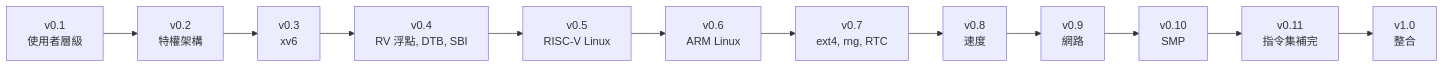
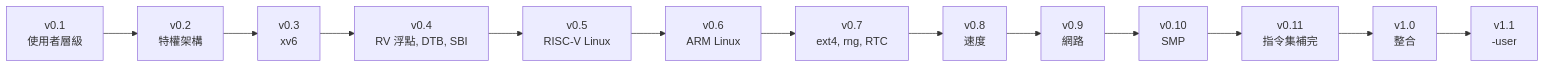
Before and after one commit to ccc-claude-opus/ruvm: the diagram in doc/roadmap.md, drawn with Mermaid. The commit also changed other lines of this file and 18 other files, not shown here.

````diff
--- a/doc/roadmap.md
+++ b/doc/roadmap.md
@@ -5,14 +5,15 @@
 ```mermaid
 flowchart LR
     v01["v0.1<br/>使用者層級"] --> v02["v0.2<br/>特權架構"]
     v02 --> v03["v0.3<br/>xv6"]
     v03 --> v04["v0.4<br/>RV 浮點, DTB, SBI"]
     v04 --> v05["v0.5<br/>RISC-V Linux"]
     v05 --> v06["v0.6<br/>ARM Linux"]
     v06 --> v07["v0.7<br/>ext4, rng, RTC"]
     v07 --> v08["v0.8<br/>速度"]
     v08 --> v09["v0.9<br/>網路"]
     v09 --> v10["v0.10<br/>SMP"]
     v10 --> v11["v0.11<br/>指令集補完"]
     v11 --> v10f["v1.0<br/>整合"]
+    v10f --> v11u["v1.1<br/>-user"]
 ```
````
